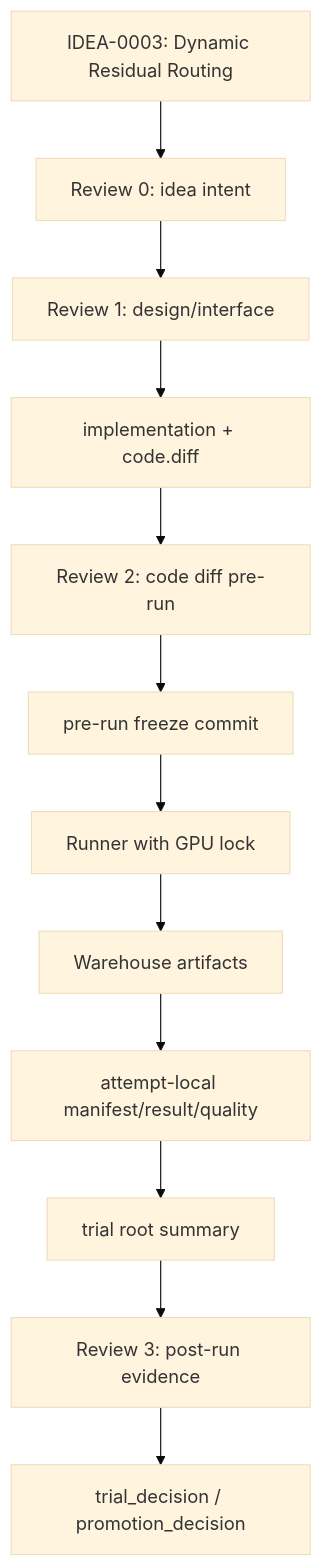
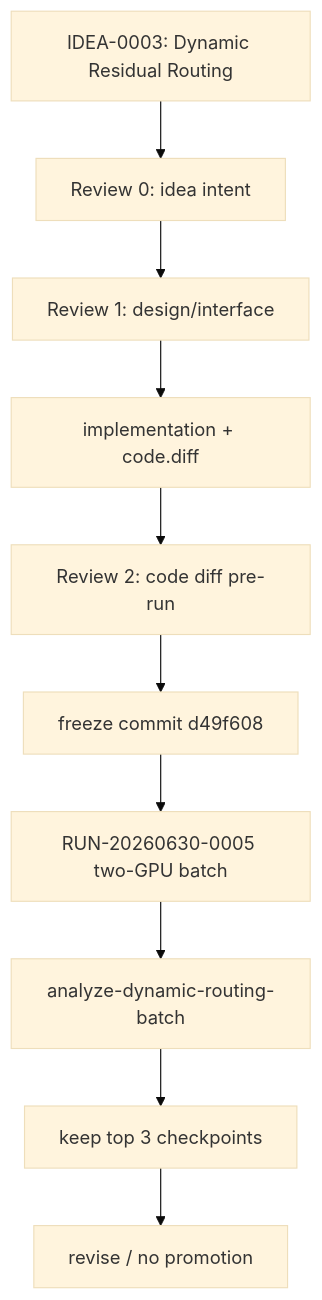
One commit to GetlotMoney/GTPJ changed the diagram in experiments/module_trials/IDEA-0003_dynamic_residual_routing/TRIAL-001_dynamic-routing/README.md. Above: the diagram before and after it, drawn with Mermaid (base theme). The commit also changed other lines of this file and 26 other files, not shown here.

Commit message:
Record dynamic routing batch results

````diff
--- a/experiments/module_trials/IDEA-0003_dynamic_residual_routing/TRIAL-001_dynamic-routing/README.md
+++ b/experiments/module_trials/IDEA-0003_dynamic_residual_routing/TRIAL-001_dynamic-routing/README.md
@@ -58,14 +131,12 @@
 ```mermaid
 flowchart TD
   Idea["IDEA-0003: Dynamic Residual Routing"] --> R0["Review 0: idea intent"]
   R0 --> R1["Review 1: design/interface"]
   R1 --> Impl["implementation + code.diff"]
   Impl --> R2["Review 2: code diff pre-run"]
-  R2 --> Freeze["pre-run freeze commit"]
-  Freeze --> Run["Runner with GPU lock"]
-  Run --> Artifacts["Warehouse artifacts"]
-  Artifacts --> Attempt["attempt-local manifest/result/quality"]
-  Attempt --> Root["trial root summary"]
-  Root --> R3["Review 3: post-run evidence"]
-  R3 --> Decision["trial_decision / promotion_decision"]
+  R2 --> Freeze["freeze commit d49f608"]
+  Freeze --> Run["RUN-20260630-0005 two-GPU batch"]
+  Run --> Analyze["analyze-dynamic-routing-batch"]
+  Analyze --> Retain["keep top 3 checkpoints"]
+  Retain --> Decision["revise / no promotion"]
 ```
````
